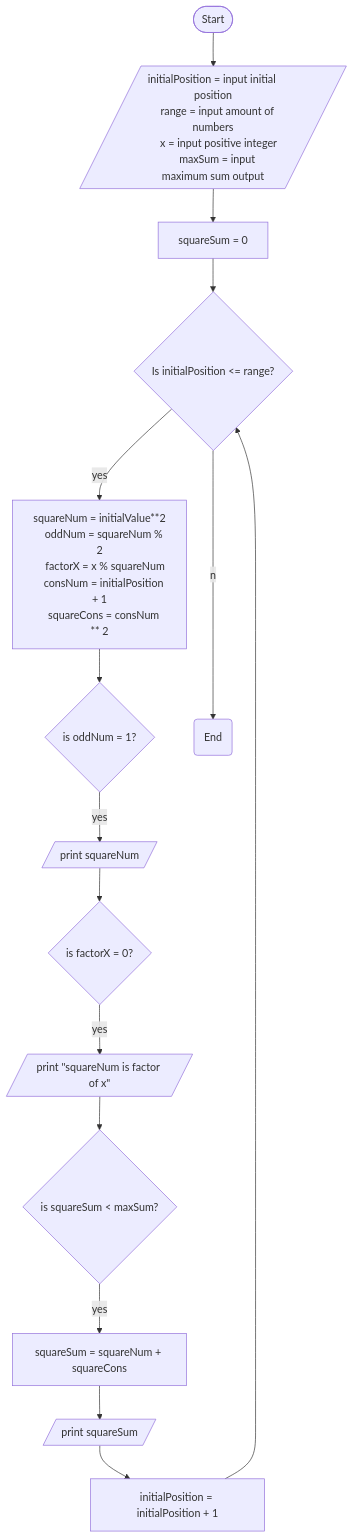
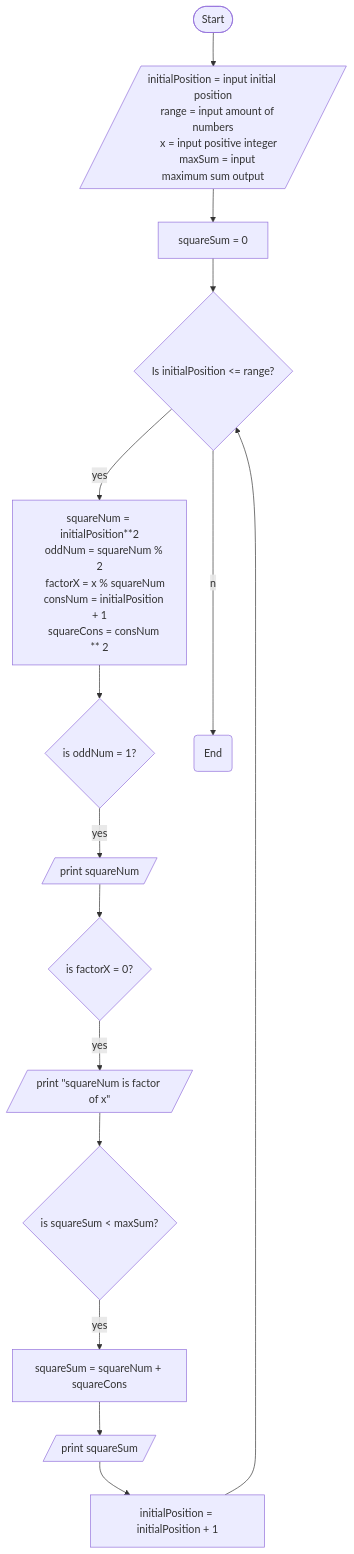
Before and after one commit to gtugaw/comp1236project: the diagram in flowchart/task2.md, drawn with Mermaid.

Commit message:
Small update block E F

````diff
--- a/flowchart/task2.md
+++ b/flowchart/task2.md
@@ -7,33 +7,33 @@
 ```mermaid
 flowchart TB
     A([Start])
 
     A-->B[/initialPosition = input initial position
     range = input amount of numbers
     x = input positive integer
     maxSum = input maximum sum output/]
     B-->D[squareSum = 0]
 
     D-->E{Is initialPosition <= range?}
-    E-- yes -->F[squareNum = initialValue**2
+    E-- yes -->F[squareNum = initialPosition**2
     oddNum = squareNum % 2
     factorX = x % squareNum
     consNum = initialPosition + 1
     squareCons = consNum ** 2]
 
     F-->G{is oddNum = 1?}
     G--yes-->H[/print squareNum/]
 
     H-->I{is factorX = 0?}
     I--yes-->J[/print "squareNum is factor of x"/]
 
     J-->K{is squareSum < maxSum?}
     K--yes-->L[squareSum = squareNum + squareCons]
     L-->M[/print squareSum/]
 
     M-->N[initialPosition = initialPosition + 1]
     N-->E
 
     E--no-->O(End)
 
 ```
````
